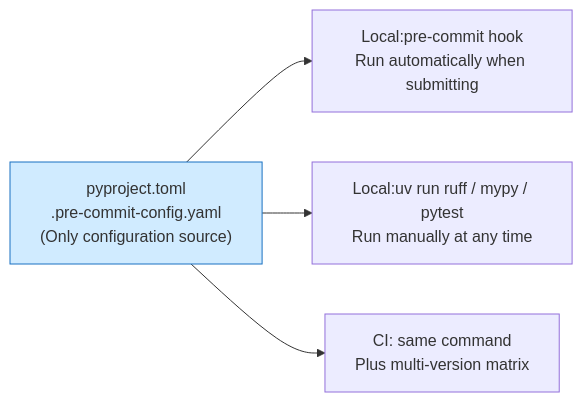
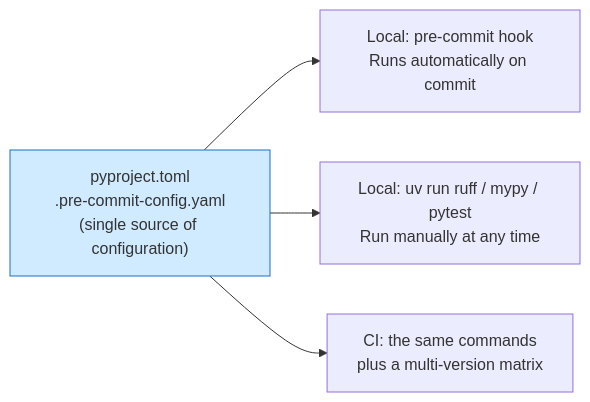
Diagram 12 of 22 in _translations/en/research/Python-Engineering-Survey.md (TingdeLiu/tingdeliu.github.io), drawn with Mermaid before and after one commit. The commit also changed other lines of this file and 51 other files, not shown here.

````diff
--- a/_translations/en/research/Python-Engineering-Survey.md
+++ b/_translations/en/research/Python-Engineering-Survey.md
@@ -935,8 +935,8 @@
 ```mermaid
 flowchart LR
-    CFG["pyproject.toml<br/>.pre-commit-config.yaml<br/>(Only configuration source)"]
-    CFG --> L1["Local:pre-commit hook<br/>Run automatically when submitting"]
-    CFG --> L2["Local:uv run ruff / mypy / pytest<br/>Run manually at any time"]
-    CFG --> L3["CI: same command<br/>Plus multi-version matrix"]
+    CFG["pyproject.toml<br/>.pre-commit-config.yaml<br/>(single source of configuration)"]
+    CFG --> L1["Local: pre-commit hook<br/>Runs automatically on commit"]
+    CFG --> L2["Local: uv run ruff / mypy / pytest<br/>Run manually at any time"]
+    CFG --> L3["CI: the same commands<br/>plus a multi-version matrix"]
     style CFG fill:#d0ebff,stroke:#1971c2
 ```
````
